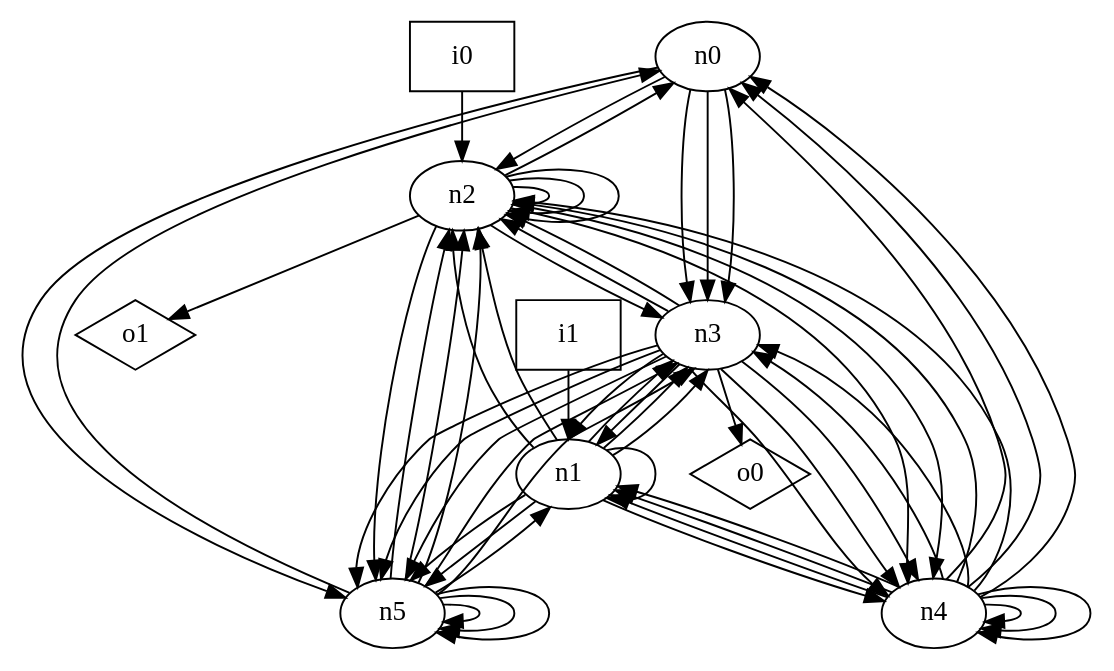
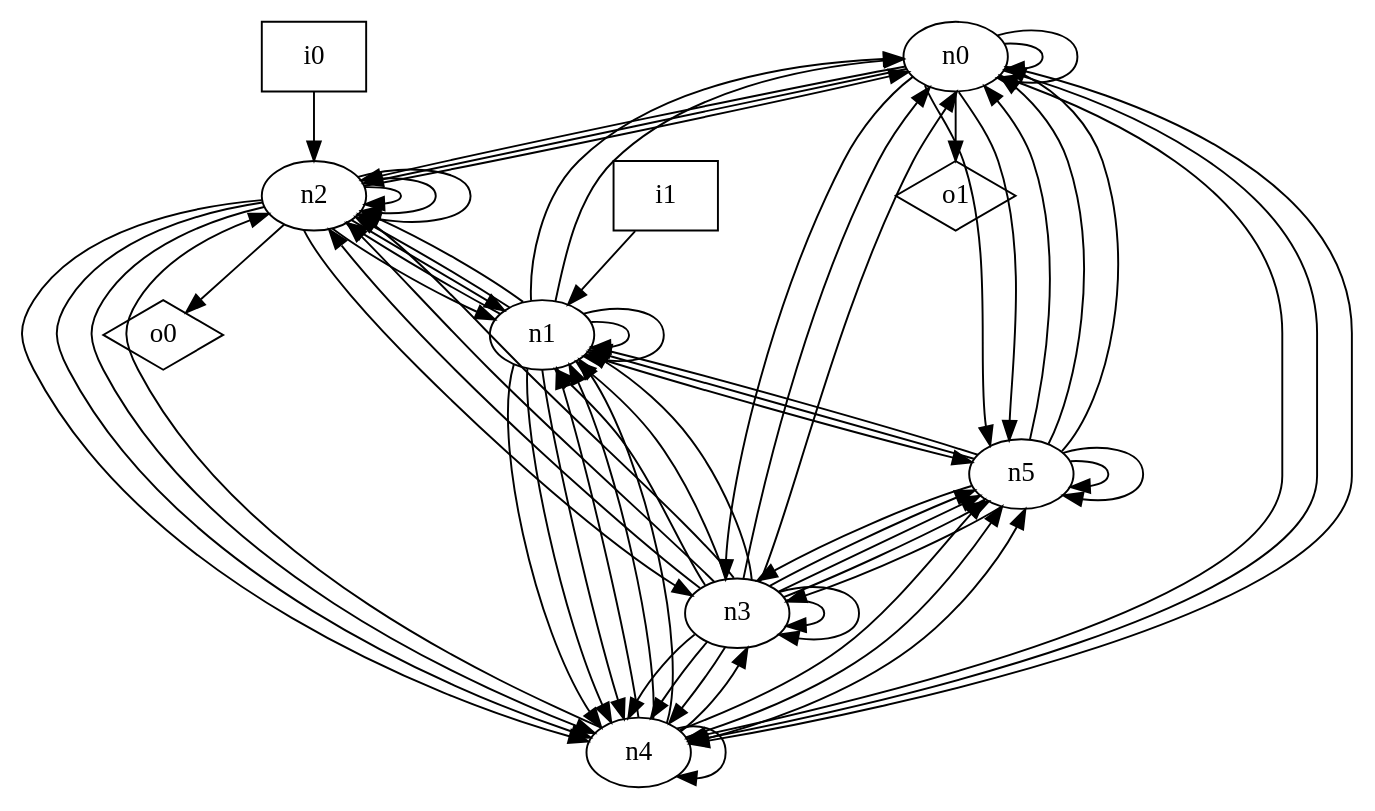
One commit to p9romain/bool-circuits changed the diagram in dot_files/random/random_graph.dot. Above: the diagram before and after it, drawn with Graphviz. The commit also changed 44 other files, not shown here.

```diff
--- a/dot_files/random/random_graph.dot
+++ b/dot_files/random/random_graph.dot
@@ -1,71 +1,81 @@
 digraph G {
 n0 [label="n0"];
 n1 [label="n1"];
 n2 [label="n2"];
 n3 [label="n3"];
 n4 [label="n4"];
 n5 [label="n5"];
 n6 [label="i0",shape="box"];
 n7 [label="i1",shape="box"];
 n8 [label="o0",shape="diamond"];
 n9 [label="o1",shape="diamond"];
+n0 -> n0
+n0 -> n0
+n0 -> n2
 n0 -> n2
 n0 -> n3
-n0 -> n3
-n0 -> n3
+n0 -> n4
+n0 -> n4
+n0 -> n4
 n0 -> n5
+n0 -> n5
+n0 -> n9
+n1 -> n0
+n1 -> n0
+n1 -> n1
 n1 -> n1
 n1 -> n2
 n1 -> n2
-n1 -> n3
-n1 -> n3
-n1 -> n3
+n1 -> n2
+n1 -> n4
+n1 -> n4
 n1 -> n4
 n1 -> n5
-n1 -> n5
 n2 -> n0
+n2 -> n1
+n2 -> n1
 n2 -> n2
 n2 -> n2
 n2 -> n2
 n2 -> n3
 n2 -> n4
 n2 -> n4
-n2 -> n5
-n2 -> n9
+n2 -> n4
+n2 -> n8
+n3 -> n0
+n3 -> n0
+n3 -> n1
 n3 -> n1
 n3 -> n1
 n3 -> n2
 n3 -> n2
+n3 -> n2
+n3 -> n3
+n3 -> n3
 n3 -> n4
 n3 -> n4
 n3 -> n4
 n3 -> n5
 n3 -> n5
 n3 -> n5
-n3 -> n8
-n4 -> n0
-n4 -> n0
-n4 -> n0
 n4 -> n1
 n4 -> n1
 n4 -> n1
 n4 -> n2
-n4 -> n2
-n4 -> n3
 n4 -> n3
 n4 -> n4
-n4 -> n4
-n4 -> n4
+n4 -> n5
+n4 -> n5
+n4 -> n5
+n5 -> n0
+n5 -> n0
 n5 -> n0
 n5 -> n1
-n5 -> n2
-n5 -> n2
-n5 -> n2
+n5 -> n1
 n5 -> n3
 n5 -> n3
-n5 -> n5
 n5 -> n5
 n5 -> n5
 n6 -> n2
 n7 -> n1
 }
```
